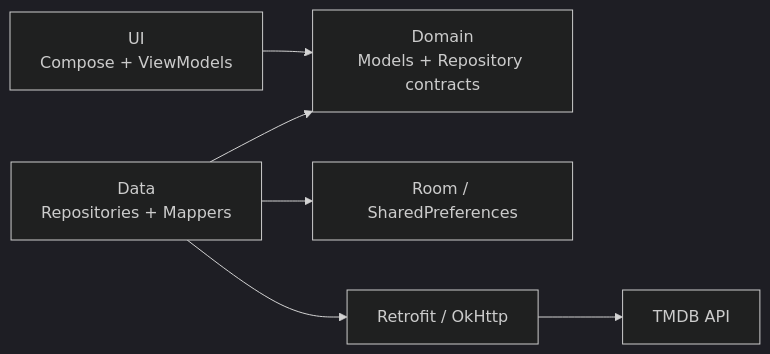
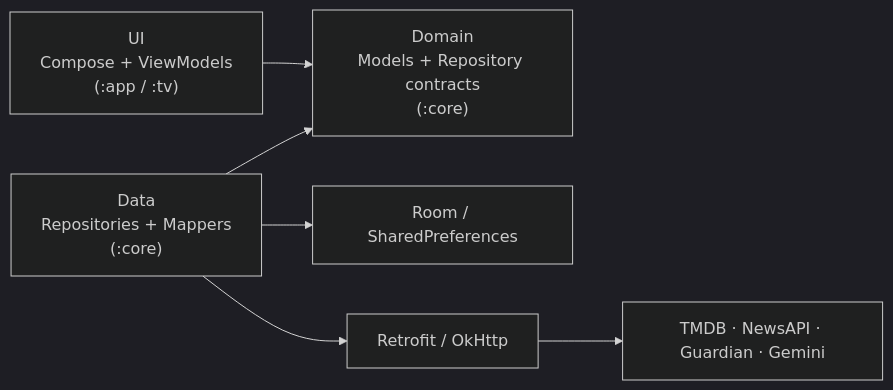
Before and after one commit to BorisKunda/MMovies: the diagram in README.md, drawn with Mermaid (dark theme). The commit also changed other lines of this file and 88 other files, not shown here.

````diff
--- a/README.md
+++ b/README.md
@@ -246,15 +108,15 @@
 ```mermaid
 flowchart LR
-    UI["UI\nCompose + ViewModels"]
-    DOMAIN["Domain\nModels + Repository contracts"]
-    DATA["Data\nRepositories + Mappers"]
-    LOCAL["Room / SharedPreferences"]
-    REMOTE["Retrofit / OkHttp"]
-    TMDB["TMDB API"]
+  UI["UI<br/>Compose + ViewModels<br/>(:app / :tv)"]
+  DOMAIN["Domain<br/>Models + Repository contracts<br/>(:core)"]
+  DATA["Data<br/>Repositories + Mappers<br/>(:core)"]
+  LOCAL["Room / SharedPreferences"]
+  REMOTE["Retrofit / OkHttp"]
+  APIS["TMDB · NewsAPI · Guardian · Gemini"]
 
-    UI --> DOMAIN
-    DATA --> DOMAIN
-    DATA --> LOCAL
-    DATA --> REMOTE
-    REMOTE --> TMDB
+  UI --> DOMAIN
+  DATA --> DOMAIN
+  DATA --> LOCAL
+  DATA --> REMOTE
+  REMOTE --> APIS
 ```
````
